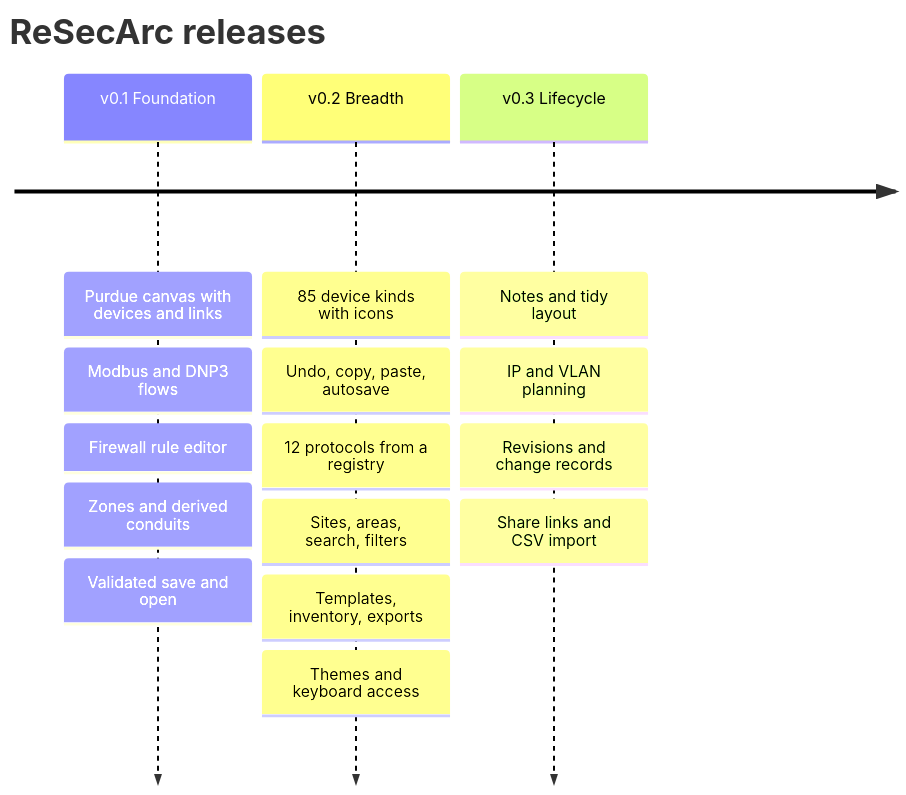
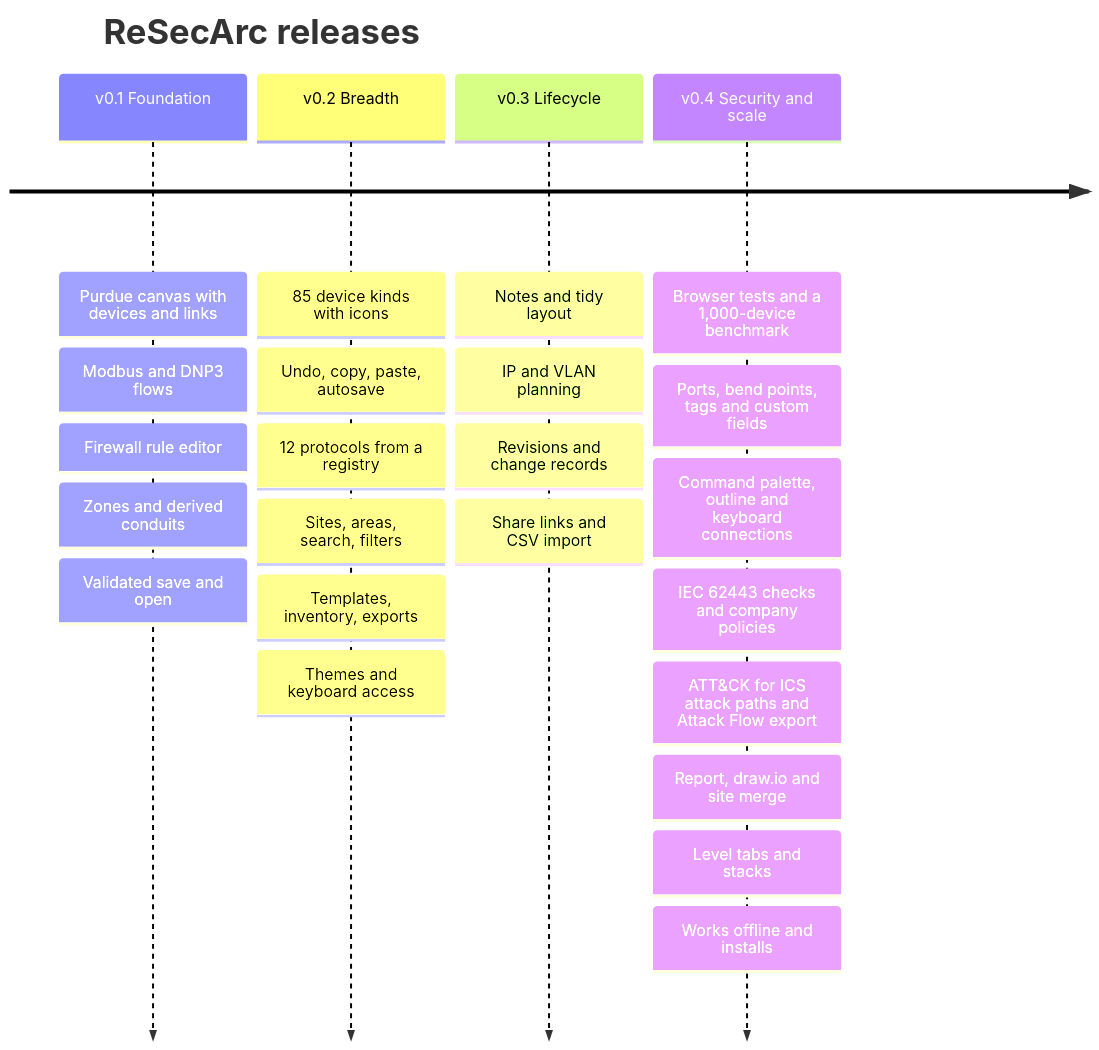
One commit to vijaykumargowdakk/ReSecArc changed diagram 32 of 32 in README.md. Above: the diagram before and after it, drawn with Mermaid. The commit also changed other lines of this file and 18 other files, not shown here.

Commit message:
Retake the README screenshots with a script; bring the README's numbers, source map and timeline up to date

````diff
--- a/README.md
+++ b/README.md
@@ -1406,7 +1417,8 @@
 ```mermaid
 timeline
     title ReSecArc releases
     v0.1 Foundation : Purdue canvas with devices and links : Modbus and DNP3 flows : Firewall rule editor : Zones and derived conduits : Validated save and open
     v0.2 Breadth : 85 device kinds with icons : Undo, copy, paste, autosave : 12 protocols from a registry : Sites, areas, search, filters : Templates, inventory, exports : Themes and keyboard access
     v0.3 Lifecycle : Notes and tidy layout : IP and VLAN planning : Revisions and change records : Share links and CSV import
+    v0.4 Security and scale : Browser tests and a 1,000-device benchmark : Ports, bend points, tags and custom fields : Command palette, outline and keyboard connections : IEC 62443 checks and company policies : ATT&CK for ICS attack paths and Attack Flow export : Report, draw.io and site merge : Level tabs and stacks : Works offline and installs
 ```
````
